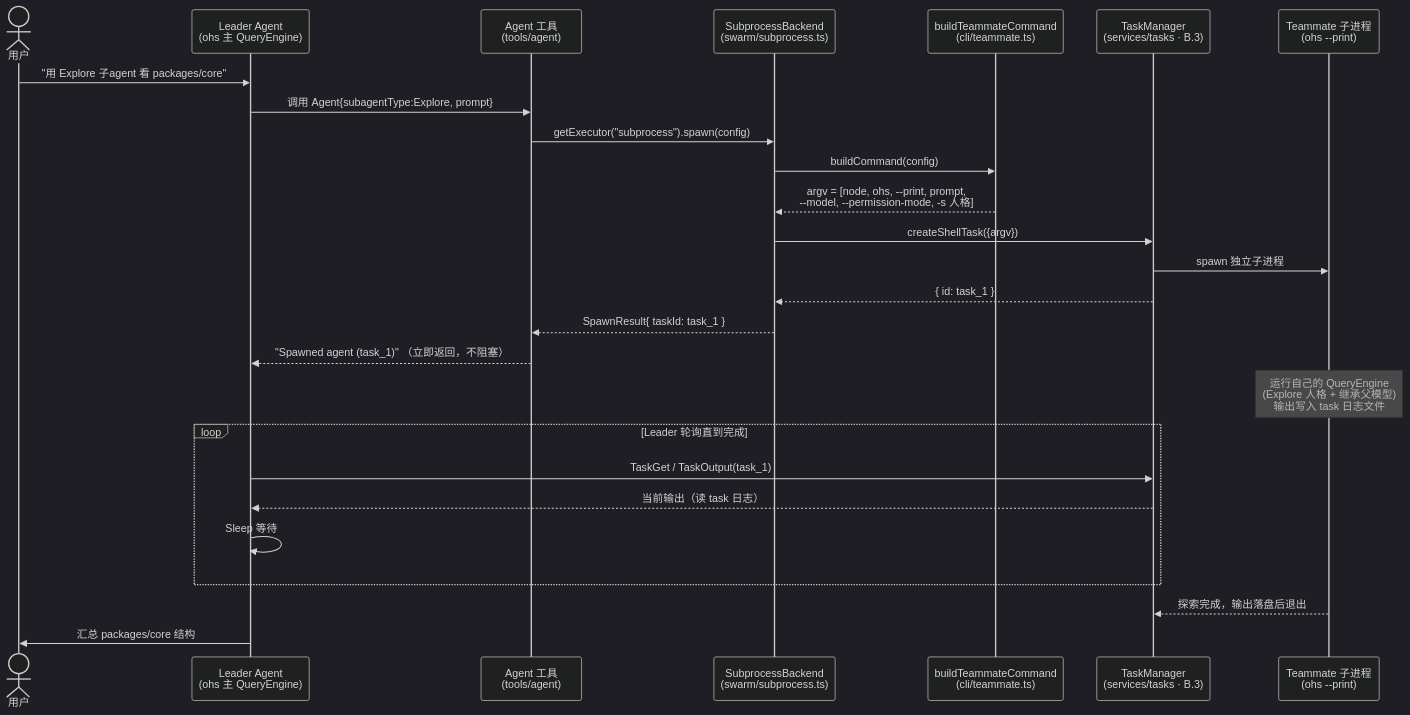
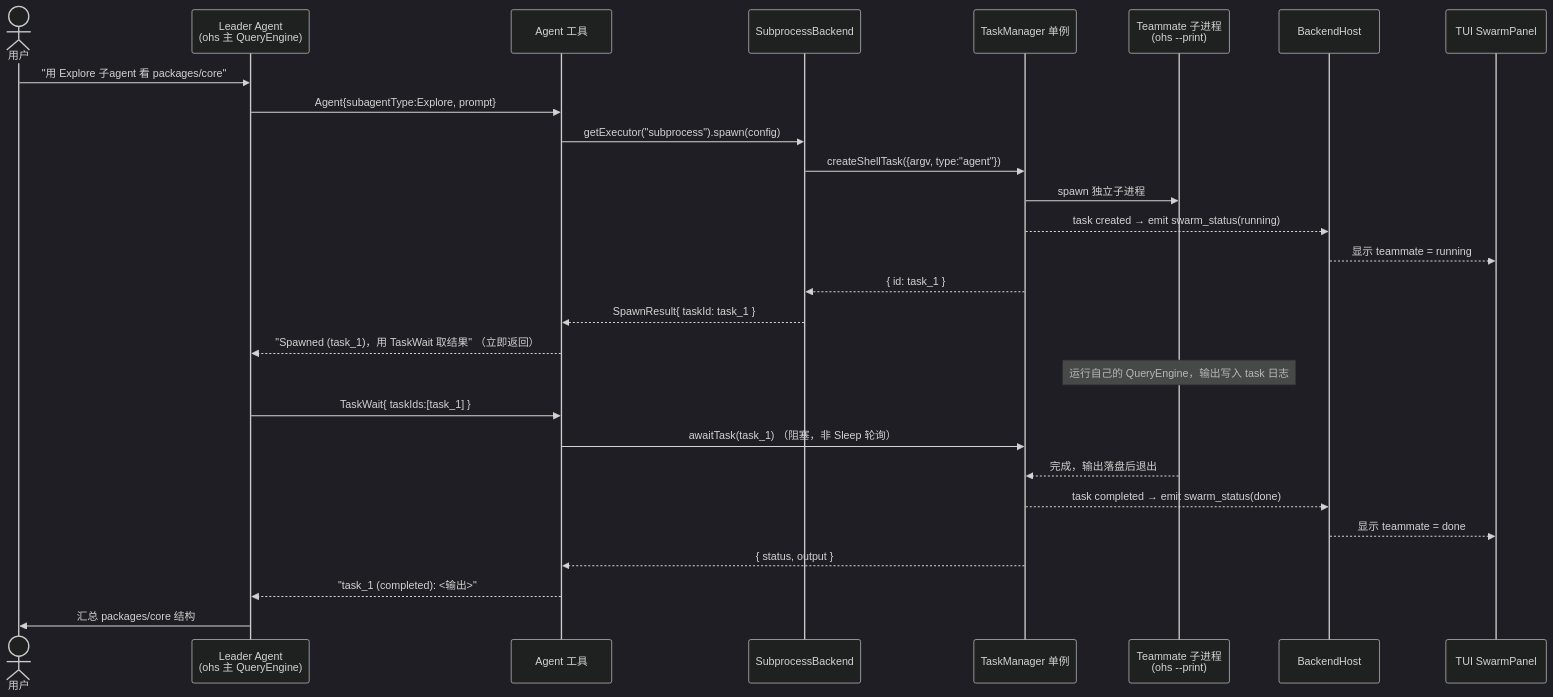
One commit to rzx007/openharness-ts changed the second of 2 diagrams in docs/swarm-subprocess-flow.md. Above: the diagram before and after it, drawn with Mermaid (dark theme). The commit also changed other lines of this file, not shown here.

First line of the commit message:
docs(swarm): 更新流程文档到 D.1+D.2,新增架构图

````diff
--- a/docs/swarm-subprocess-flow.md
+++ b/docs/swarm-subprocess-flow.md
@@ -18,32 +63,33 @@
 ```mermaid
 sequenceDiagram
     actor User as 用户
     participant Leader as Leader Agent<br/>(ohs 主 QueryEngine)
-    participant Tool as Agent 工具<br/>(tools/agent)
-    participant Backend as SubprocessBackend<br/>(swarm/subprocess.ts)
-    participant Build as buildTeammateCommand<br/>(cli/teammate.ts)
-    participant Tasks as TaskManager<br/>(services/tasks · B.3)
+    participant Tool as Agent 工具
+    participant Backend as SubprocessBackend
+    participant Tasks as TaskManager 单例
     participant Mate as Teammate 子进程<br/>(ohs --print)
+    participant Host as BackendHost
+    participant Panel as TUI SwarmPanel
 
     User->>Leader: "用 Explore 子agent 看 packages/core"
-    Leader->>Tool: 调用 Agent{subagentType:Explore, prompt}
+    Leader->>Tool: Agent{subagentType:Explore, prompt}
     Tool->>Backend: getExecutor("subprocess").spawn(config)
-    Backend->>Build: buildCommand(config)
-    Build-->>Backend: argv = [node, ohs, --print, prompt,<br/>--model, --permission-mode, -s 人格]
-    Backend->>Tasks: createShellTask({argv})
+    Backend->>Tasks: createShellTask({argv, type:"agent"})
     Tasks->>Mate: spawn 独立子进程
+    Tasks-->>Host: task created → emit swarm_status(running)
+    Host-->>Panel: 显示 teammate = running
     Tasks-->>Backend: { id: task_1 }
     Backend-->>Tool: SpawnResult{ taskId: task_1 }
-    Tool-->>Leader: "Spawned agent (task_1)" （立即返回，不阻塞）
+    Tool-->>Leader: "Spawned (task_1)，用 TaskWait 取结果" （立即返回）
 
-    Note over Mate: 运行自己的 QueryEngine<br/>(Explore 人格 + 继承父模型)<br/>输出写入 task 日志文件
+    Note over Mate: 运行自己的 QueryEngine，输出写入 task 日志
 
-    loop Leader 轮询直到完成
-        Leader->>Tasks: TaskGet / TaskOutput(task_1)
-        Tasks-->>Leader: 当前输出（读 task 日志）
-        Leader->>Leader: Sleep 等待
-    end
-
-    Mate-->>Tasks: 探索完成，输出落盘后退出
+    Leader->>Tool: TaskWait{ taskIds:[task_1] }
+    Tool->>Tasks: awaitTask(task_1)  （阻塞，非 Sleep 轮询）
+    Mate-->>Tasks: 完成，输出落盘后退出
+    Tasks-->>Host: task completed → emit swarm_status(done)
+    Host-->>Panel: 显示 teammate = done
+    Tasks-->>Tool: { status, output }
+    Tool-->>Leader: "task_1 (completed): <输出>"
     Leader->>User: 汇总 packages/core 结构
 ```
````
